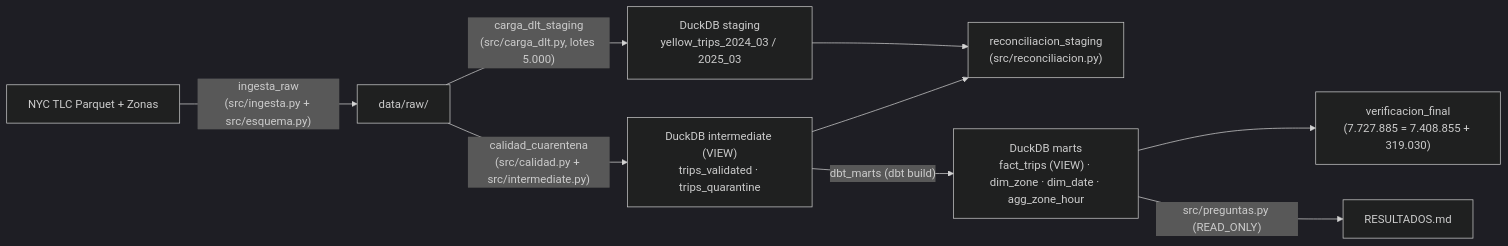
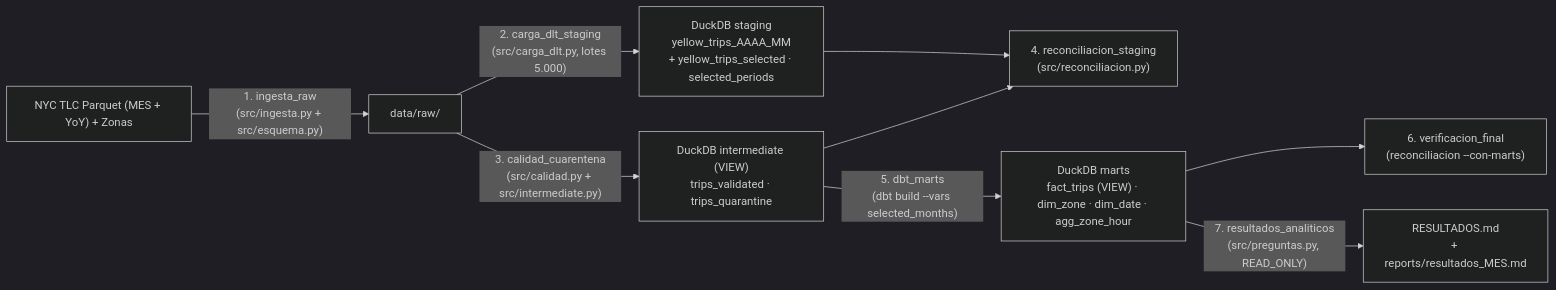
One commit to nicoquinteros23/pipeline-nyc-taxi changed the first of 2 diagrams in docs/ARQUITECTURA_FINAL.md. Above: the diagram before and after it, drawn with Mermaid (dark theme). The commit also changed other lines of this file and 52 other files, not shown here.

````diff
--- a/docs/ARQUITECTURA_FINAL.md
+++ b/docs/ARQUITECTURA_FINAL.md
@@ -7,11 +7,11 @@
 ```mermaid
 flowchart LR
-  TLC["NYC TLC Parquet + Zonas"] -->|"ingesta_raw\n(src/ingesta.py + src/esquema.py)"| RAW["data/raw/"]
-  RAW -->|"carga_dlt_staging\n(src/carga_dlt.py, lotes 5.000)"| STG["DuckDB staging\nyellow_trips_2024_03 / 2025_03"]
-  RAW -->|"calidad_cuarentena\n(src/calidad.py + src/intermediate.py)"| INT["DuckDB intermediate (VIEW)\ntrips_validated · trips_quarantine"]
-  STG --> REC1["reconciliacion_staging\n(src/reconciliacion.py)"]
+  TLC["NYC TLC Parquet (MES + YoY) + Zonas"] -->|"1. ingesta_raw\n(src/ingesta.py + src/esquema.py)"| RAW["data/raw/"]
+  RAW -->|"2. carga_dlt_staging\n(src/carga_dlt.py, lotes 5.000)"| STG["DuckDB staging\nyellow_trips_AAAA_MM\n+ yellow_trips_selected · selected_periods"]
+  RAW -->|"3. calidad_cuarentena\n(src/calidad.py + src/intermediate.py)"| INT["DuckDB intermediate (VIEW)\ntrips_validated · trips_quarantine"]
+  STG --> REC1["4. reconciliacion_staging\n(src/reconciliacion.py)"]
   INT --> REC1
-  INT -->|"dbt_marts (dbt build)"| MARTS["DuckDB marts\nfact_trips (VIEW) · dim_zone · dim_date · agg_zone_hour"]
-  MARTS --> REC2["verificacion_final\n(7.727.885 = 7.408.855 + 319.030)"]
-  MARTS -->|"src/preguntas.py (READ_ONLY)"| RES["RESULTADOS.md"]
+  INT -->|"5. dbt_marts\n(dbt build --vars selected_months)"| MARTS["DuckDB marts\nfact_trips (VIEW) · dim_zone · dim_date · agg_zone_hour"]
+  MARTS --> REC2["6. verificacion_final\n(reconciliacion --con-marts)"]
+  MARTS -->|"7. resultados_analiticos\n(src/preguntas.py, READ_ONLY)"| RES["RESULTADOS.md\n+ reports/resultados_MES.md"]
 ```
````
